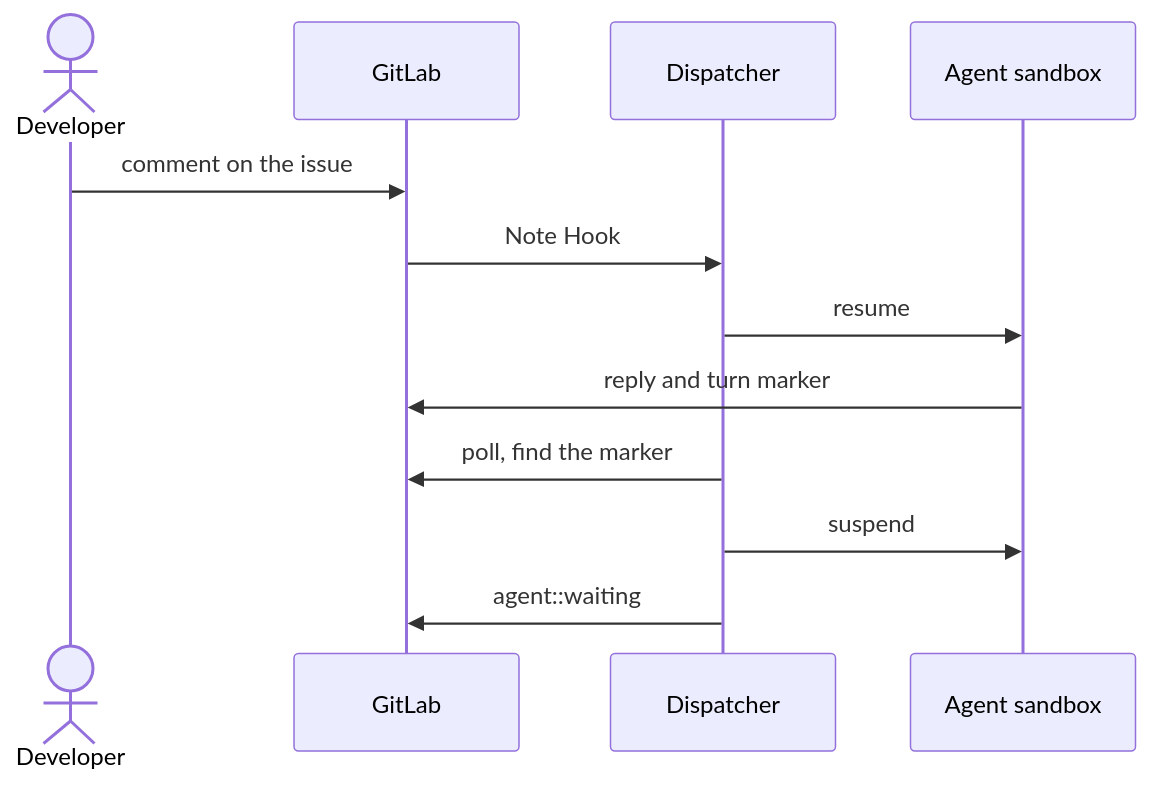
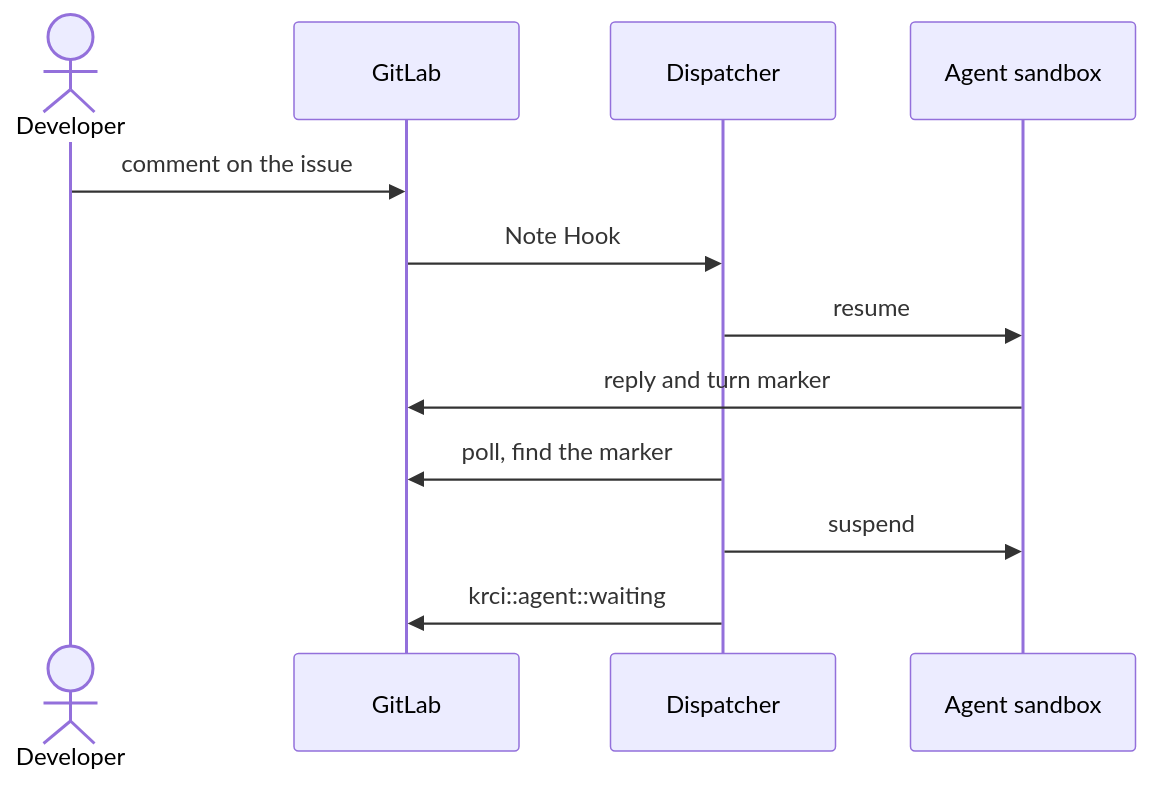
The second of 2 diagrams in README.md (KubeRocketCI/krci-agent-dispatcher), drawn with Mermaid before and after one commit. The commit also changed other lines of this file and 37 other files, not shown here.

First line of the commit message:
EPMDEDP-17529: feat: rename agent labels to krci-agent and krci::agent::<state>

````diff
--- a/README.md
+++ b/README.md
@@ -35,14 +35,14 @@
 ```mermaid
 sequenceDiagram
   actor Dev as Developer
   participant GL as GitLab
   participant D as Dispatcher
   participant A as Agent sandbox
   Dev->>GL: comment on the issue
   GL->>D: Note Hook
   D->>A: resume
   A->>GL: reply and turn marker
   D->>GL: poll, find the marker
   D->>A: suspend
-  D->>GL: agent::waiting
+  D->>GL: krci::agent::waiting
 ```
````
